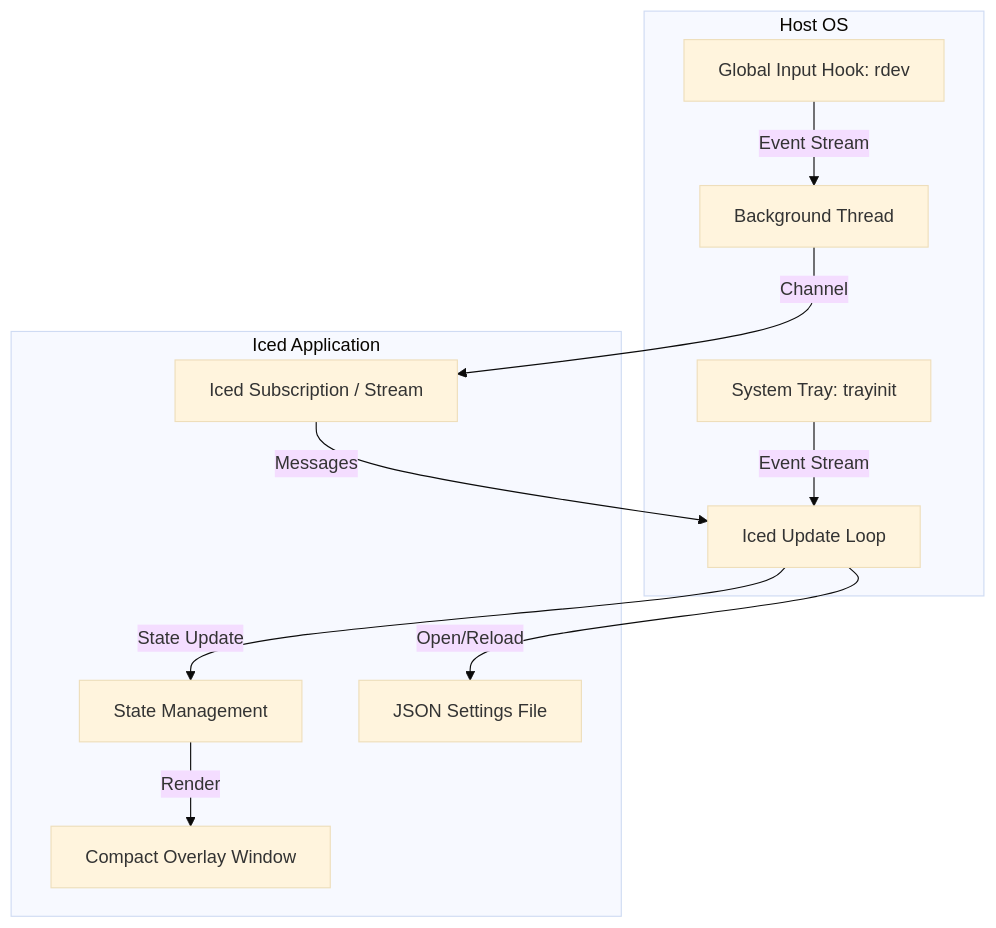
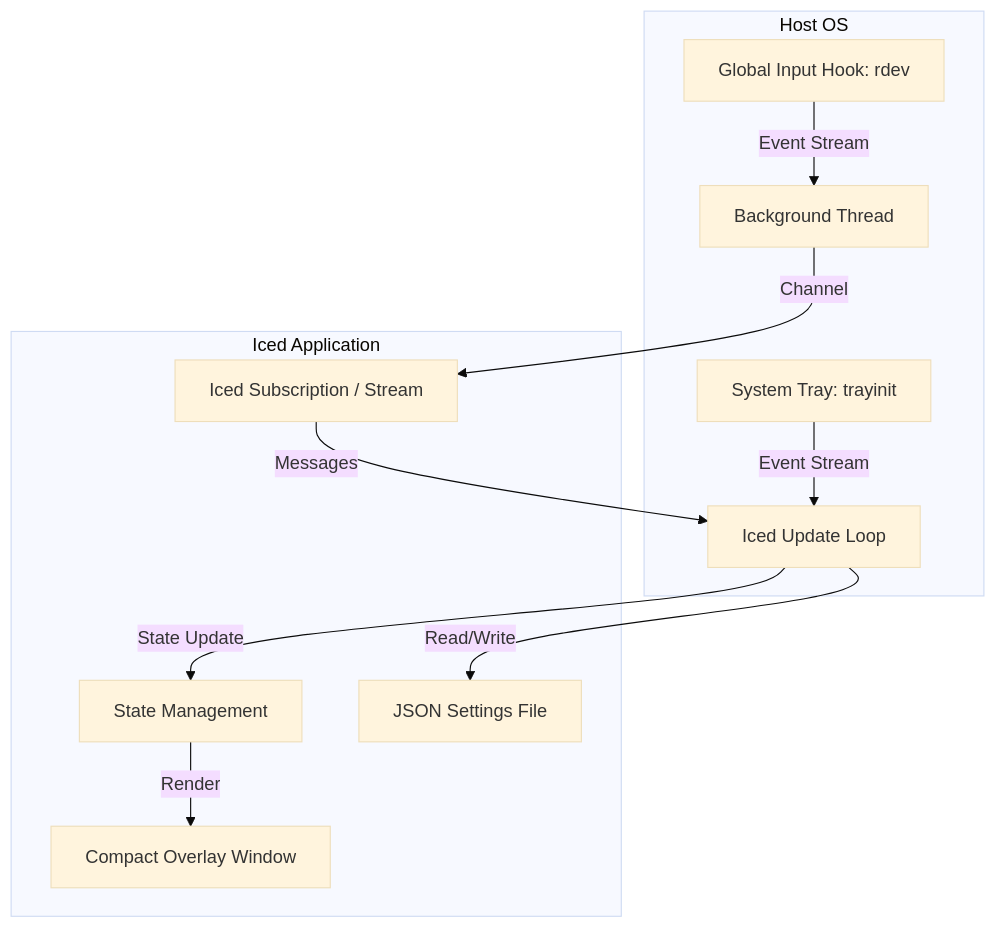
The diagram in DESIGN.md (Charlie-XIAO/echoinput), drawn with Mermaid (base theme) before and after one commit. The commit also changed other lines of this file and 4 other files, not shown here.

````diff
--- a/DESIGN.md
+++ b/DESIGN.md
@@ -19,14 +19,14 @@
 ```mermaid
 graph TD
     subgraph Host OS
         A[Global Input Hook: rdev] -- Event Stream --> B[Background Thread]
         H[System Tray: trayinit] -- Event Stream --> D
     end
     subgraph Iced Application
         B -- Channel --> C[Iced Subscription / Stream]
         C -- Messages --> D[Iced Update Loop]
         D -- State Update --> E[State Management]
         E -- Render --> F[Compact Overlay Window]
-        D -- Open/Reload --> G[JSON Settings File]
+        D -- Read/Write --> G[JSON Settings File]
     end
 ```
````
